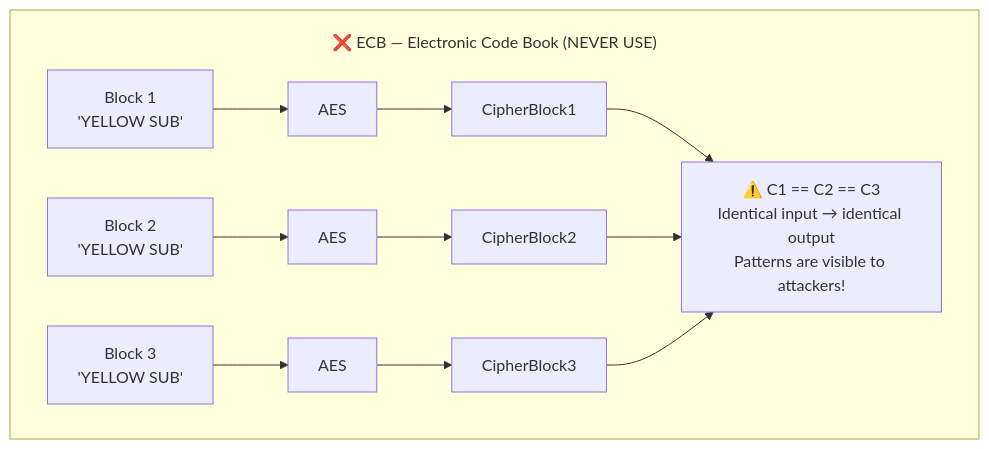
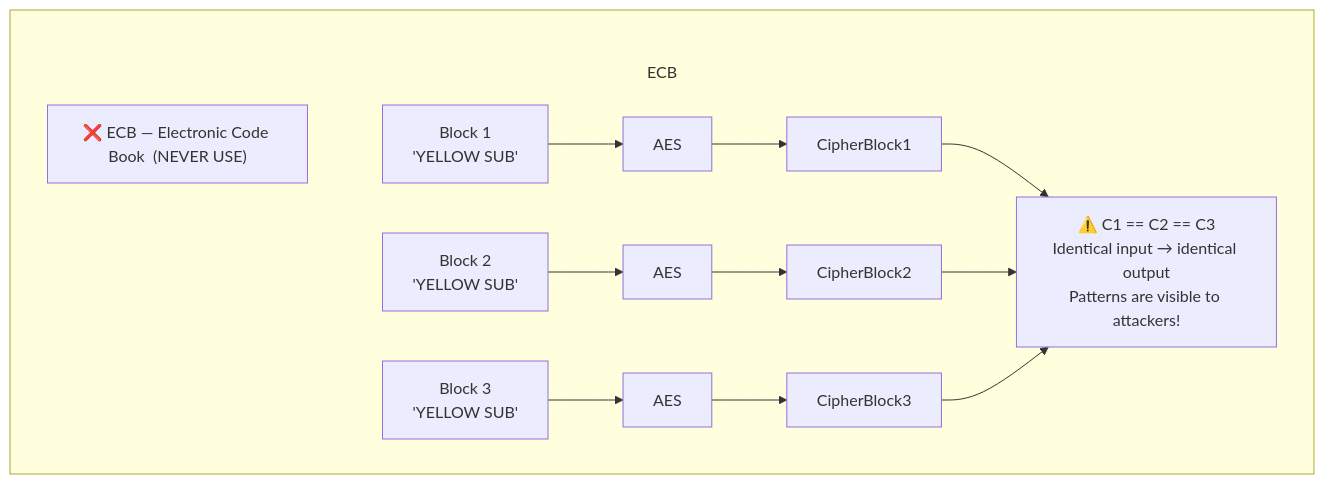
Before and after one commit to csoares/SecurityJava: the first of 4 diagrams in src/main/java/security/encryption/modes/README.md, drawn with Mermaid. The commit also changed other lines of this file and 11 other files, not shown here.

Commit message:
Fix Mermaid subgraph title overlap by moving labels into title nodes Replace subgraph label syntax (which overlaps first node) with explicit title nodes inside each subgraph, connected via invisible edges (~~~). Also increase subGraphTitleMargin top padding from 20 to 50 for extra space.

````diff
--- a/src/main/java/security/encryption/modes/README.md
+++ b/src/main/java/security/encryption/modes/README.md
@@ -16,10 +16,12 @@
 ```mermaid
-%%{init: {'flowchart': {'subGraphTitleMargin': {'top': 20, 'bottom': 5}}}}%%
+%%{init: {'flowchart': {'subGraphTitleMargin': {'top': 50, 'bottom': 10}}}}%%
 flowchart TD
-    subgraph ECB ["❌ ECB — Electronic Code Book  (NEVER USE)"]
+    subgraph ECB
+        T_ECB["❌ ECB — Electronic Code Book  (NEVER USE)"]
+        T_ECB ~~~ P1
         P1["Block 1<br/>'YELLOW SUB'"] --> AES1["AES"] --> C1["CipherBlock1"]
         P2["Block 2<br/>'YELLOW SUB'"] --> AES2["AES"] --> C2["CipherBlock2"]
         P3["Block 3<br/>'YELLOW SUB'"] --> AES3["AES"] --> C3["CipherBlock3"]
         C1 & C2 & C3 --> PROB["⚠️ C1 == C2 == C3<br/>Identical input → identical output<br/>Patterns are visible to attackers!"]
     end
 ```
````
